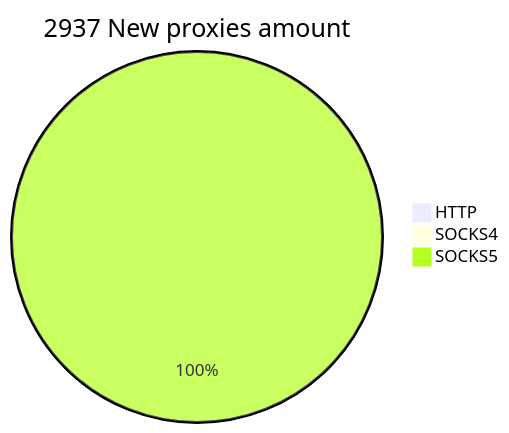
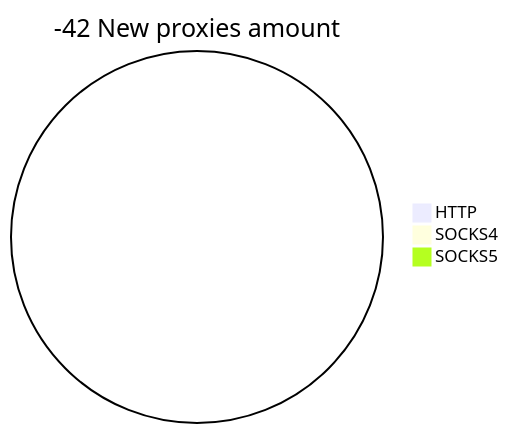
The second of 2 diagrams in README.md (cutipu/proxylist), drawn with Mermaid before and after one commit. The commit also changed other lines of this file, not shown here.

````diff
--- a/README.md
+++ b/README.md
@@ -10,6 +10,6 @@
 ```mermaid
-pie title 2937 New proxies amount
+pie title -42 New proxies amount
     "HTTP" : 0
     "SOCKS4" : 0
-    "SOCKS5" : 2938
+    "SOCKS5" : 0
 ```
````
